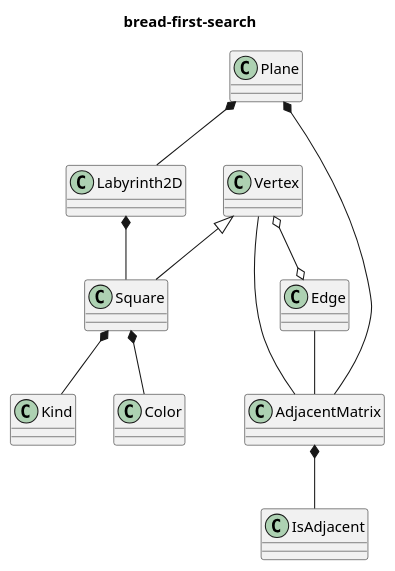
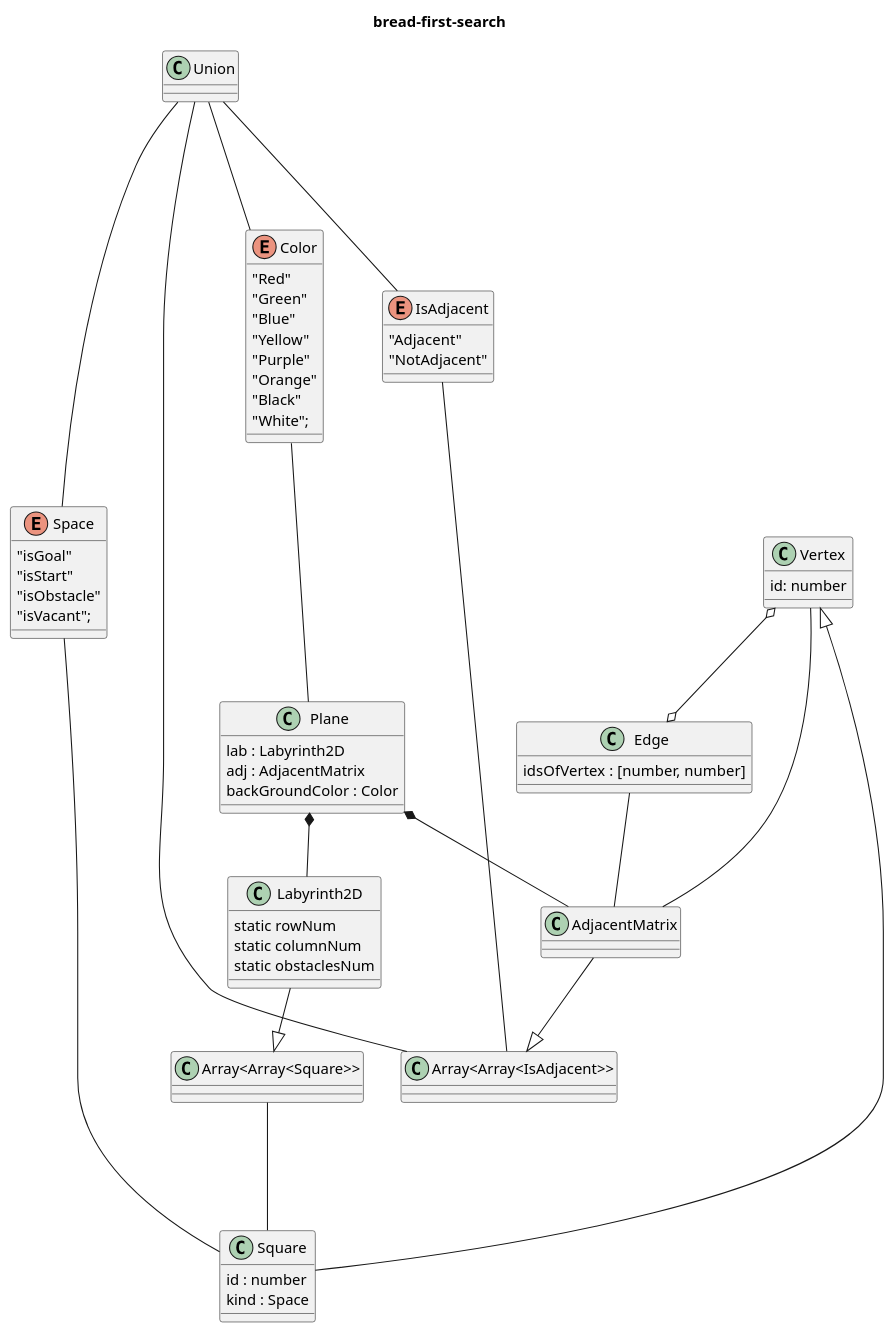
The diagram in class.pu (ns2pole/mathpro), drawn with PlantUML before and after one commit. The commit also changed 1 other file, not shown here.

Commit message:
クラス図更新

```diff
--- a/class.pu
+++ b/class.pu
@@ -1,41 +1,79 @@
 @startuml{test.png}
 title bread-first-search
 
-    class Kind {
-    }
-    
-    class IsAdjacent {
+    class Union {
     }
 
-    class Color {
+    enum Space {
+      "isGoal"
+      "isStart"
+      "isObstacle"
+      "isVacant";
+    }
+
+    enum IsAdjacent {
+      "Adjacent"
+      "NotAdjacent"
+    }
+
+    enum Color {
+      "Red"
+      "Green"
+      "Blue"
+      "Yellow"
+      "Purple"
+      "Orange"
+      "Black"
+      "White";
     }
 
 
     class Vertex {
+        id: number
     }
 
     class Edge {
+      idsOfVertex : [number, number]
     }
 
+
     class Square {
+      id : number
+      kind : Space
     }
 
     class Plane {
+      lab : Labyrinth2D
+      adj : AdjacentMatrix
+        backGroundColor : Color
     }
 
     class Labyrinth2D {
+      static rowNum
+	    static columnNum
+	    static obstaclesNum
     }
 
-    class AdjacentMatrix
+    class "Array<Array<IsAdjacent>>"
+
+    class AdjacentMatrix {
+    }
+
+    Labyrinth2D --|> "Array<Array<Square>>"
+    AdjacentMatrix --|> "Array<Array<IsAdjacent>>"
     Vertex <|-- Square
-    Square *-- Kind
-    Square *-- Color
     Plane *-- Labyrinth2D
     Plane *-- AdjacentMatrix
     Vertex o--o Edge
     Vertex -- AdjacentMatrix
     Edge -- AdjacentMatrix
-    AdjacentMatrix *-- IsAdjacent
-    Labyrinth2D *-- Square
-    
+    Union --- "Array<Array<IsAdjacent>>"
+    "Array<Array<Square>>" --- Square
+    Space --- Square
+    IsAdjacent --- "Array<Array<IsAdjacent>>"
+    Color --- Plane
+    Union --- Color
+    Union --- IsAdjacent
+    Union --- Space
+
 @enduml
```
